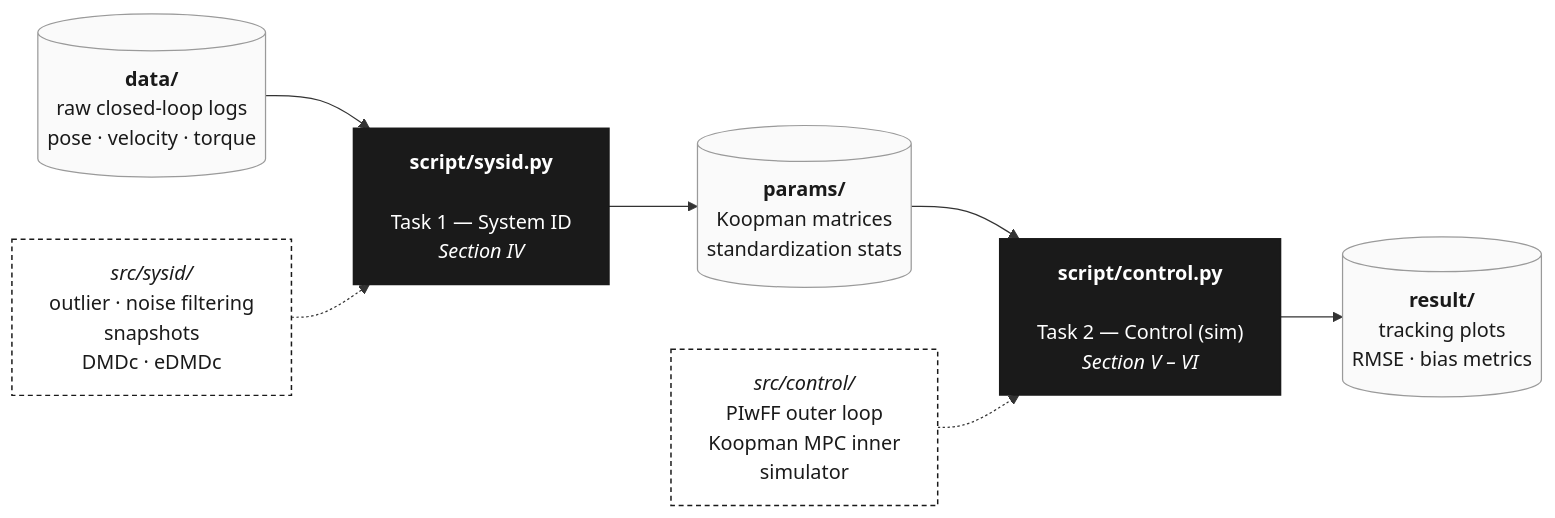
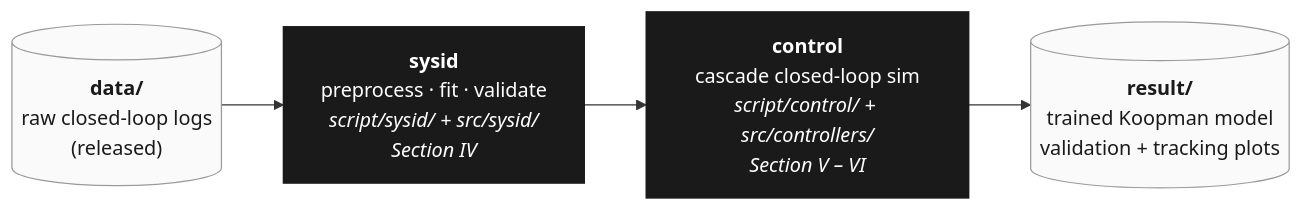
The diagram in README.md (Tanbjs/Hierarchical-PIwFF-Koopman-Based-MPC-For-AUV), drawn with Mermaid before and after one commit. The commit also changed other lines of this file, not shown here.

````diff
--- a/README.md
+++ b/README.md
@@ -26,21 +94,12 @@
 ```mermaid
 flowchart LR
-    classDef artifact fill:#fafafa,stroke:#9a9a9a,stroke-width:1px,color:#1a1a1a
-    classDef script   fill:#1a1a1a,stroke:#1a1a1a,stroke-width:1.2px,color:#ffffff
-    classDef lib      fill:#ffffff,stroke:#1a1a1a,stroke-width:1.2px,color:#1a1a1a,stroke-dasharray:4 3
+    classDef io     fill:#fafafa,stroke:#9a9a9a,stroke-width:1px,color:#1a1a1a
+    classDef stage  fill:#1a1a1a,stroke:#1a1a1a,stroke-width:1.2px,color:#ffffff
 
-    D1[("<b>data/</b><br/>raw closed-loop logs<br/>pose &middot; velocity &middot; torque")]:::artifact
-    L1["<i>src/sysid/</i><br/>outlier &middot; noise filtering<br/>snapshots<br/>DMDc &middot; eDMDc"]:::lib
-    S1["<b>script/sysid.py</b><br/><br/>Task 1 &mdash; System ID<br/><i>Section IV</i>"]:::script
-    P1[("<b>params/</b><br/>Koopman matrices<br/>standardization stats")]:::artifact
-    L2["<i>src/control/</i><br/>PIwFF outer loop<br/>Koopman MPC inner<br/>simulator"]:::lib
-    S2["<b>script/control.py</b><br/><br/>Task 2 &mdash; Control (sim)<br/><i>Section V &ndash; VI</i>"]:::script
-    R1[("<b>result/</b><br/>tracking plots<br/>RMSE &middot; bias metrics")]:::artifact
+    D[("<b>data/</b><br/>raw closed-loop logs<br/>(released)")]:::io
+    S["<b>sysid</b><br/>preprocess &middot; fit &middot; validate<br/><i>script/sysid/ + src/sysid/</i><br/><i>Section IV</i>"]:::stage
+    C["<b>control</b><br/>cascade closed-loop sim<br/><i>script/control/ + src/controllers/</i><br/><i>Section V &ndash; VI</i>"]:::stage
+    R[("<b>result/</b><br/>trained Koopman model<br/>validation + tracking plots")]:::io
 
-    D1 --> S1
-    L1 -.-> S1
-    S1 --> P1
-    P1 --> S2
-    L2 -.-> S2
-    S2 --> R1
+    D --> S --> C --> R
 ```
````
